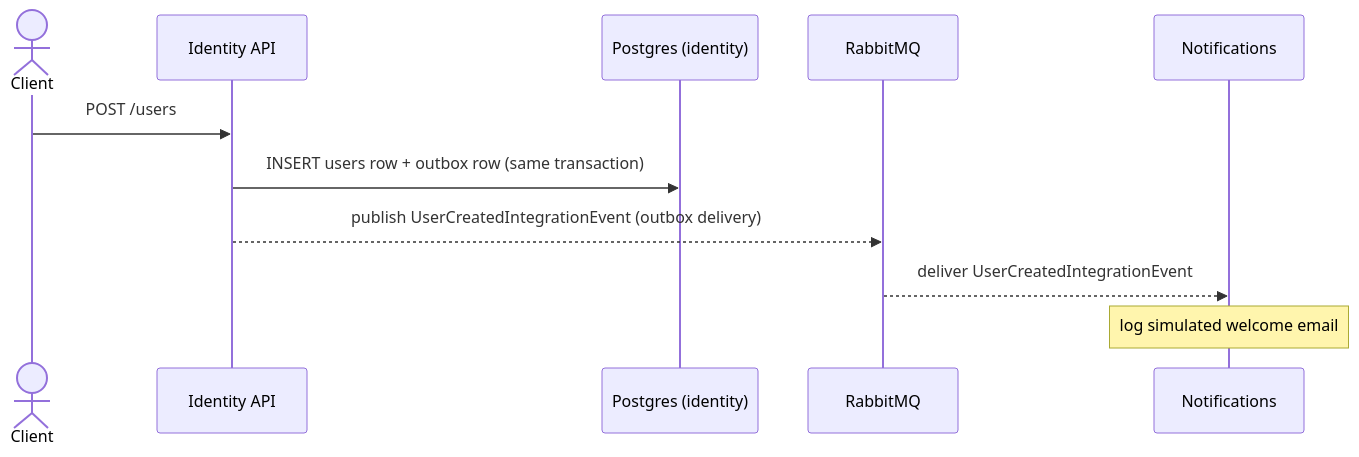
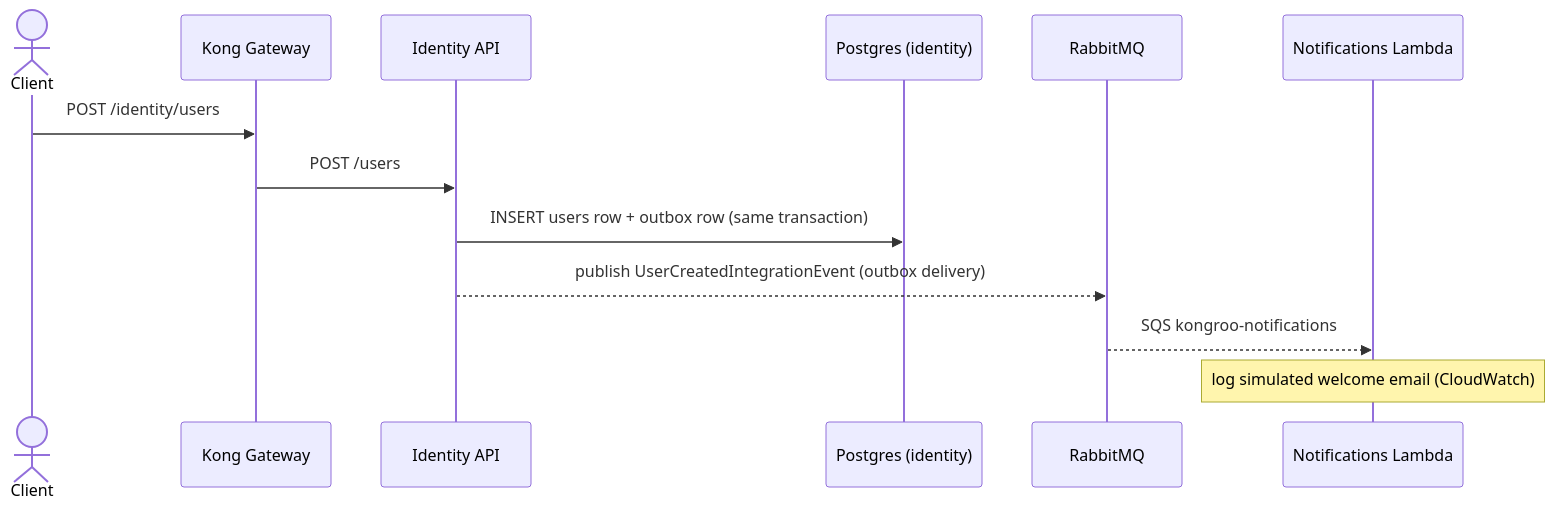
Before and after one commit to almeidajr/Kongroo.Orchestration: the sixth of 7 diagrams in ARCHITECTURE.md, drawn with Mermaid. The commit also changed other lines of this file, not shown here.

Commit message:
docs(architecture): describe the phase 3 gateway, serverless, NoSQL, cache and observability stack

````diff
--- a/ARCHITECTURE.md
+++ b/ARCHITECTURE.md
@@ -181,14 +233,16 @@
 ```mermaid
 sequenceDiagram
     actor Client
+    participant Kong as Kong Gateway
     participant Identity as Identity API
     participant DB as Postgres (identity)
     participant MQ as RabbitMQ
-    participant Notif as Notifications
+    participant Lambda as Notifications Lambda
 
-    Client->>Identity: POST /users
+    Client->>Kong: POST /identity/users
+    Kong->>Identity: POST /users
     Identity->>DB: INSERT users row + outbox row (same transaction)
     Identity-->>MQ: publish UserCreatedIntegrationEvent (outbox delivery)
-    MQ-->>Notif: deliver UserCreatedIntegrationEvent
-    Note over Notif: log simulated welcome email
+    MQ-->>Lambda: SQS kongroo-notifications
+    Note over Lambda: log simulated welcome email (CloudWatch)
 ```
````
